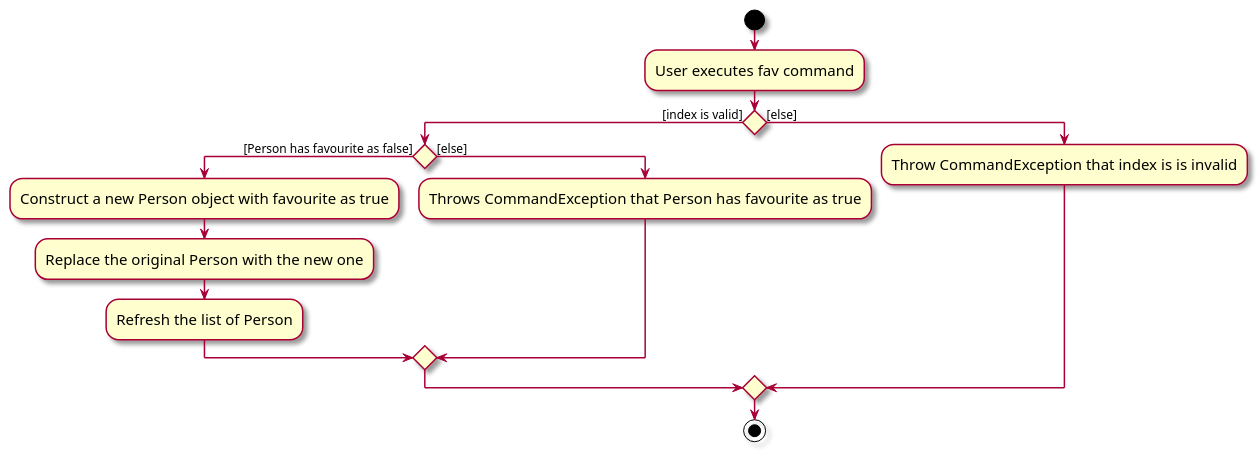
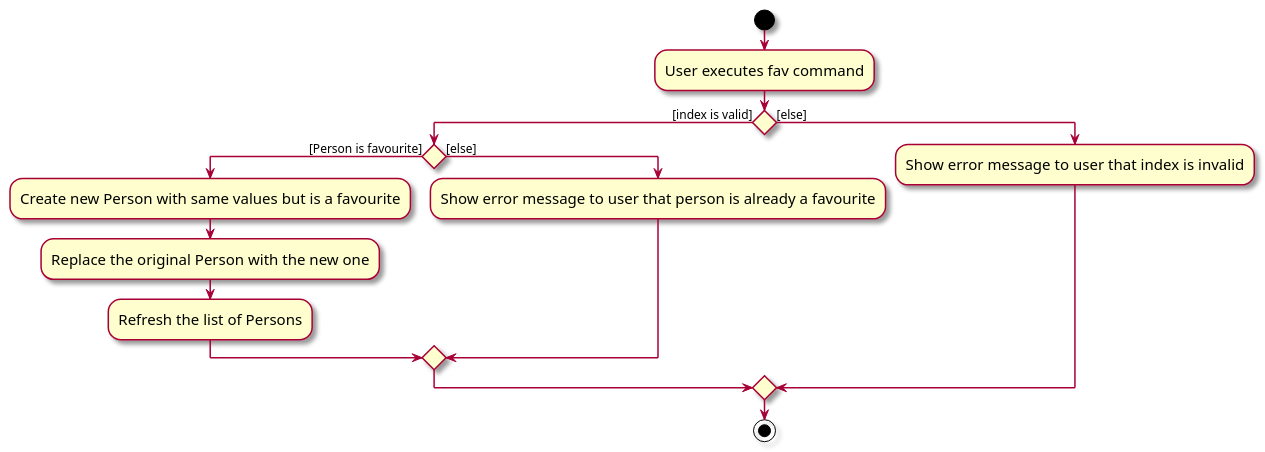
Before and after one commit to whitesnowx/tp: the diagram in docs/diagrams/FavActivityDiagram.puml, drawn with PlantUML. The commit also changed 3 other files, not shown here.

Commit message:
Update `fav` and `unfav` activity diagrams

```diff
--- a/docs/diagrams/FavActivityDiagram.puml
+++ b/docs/diagrams/FavActivityDiagram.puml
@@ -1,23 +1,23 @@
 @startuml
 skin rose
 skinparam ActivityFontSize 15
 skinparam ArrowFontSize 12
 start
 :User executes fav command;
 
 'Since the beta syntax does not support placing the condition outside the
 'diamond we place it as the true branch instead.
 
 if () then ([index is valid])
-    if () then ([Person has favourite as false])
-        :Construct a new Person object with favourite as true;
+    if () then ([Person is favourite])
+        :Create new Person with same values but is a favourite;
         :Replace the original Person with the new one;
-        :Refresh the list of Person;
+        :Refresh the list of Persons;
     else ([else])
-        :Throws CommandException that Person has favourite as true;
+        :Show error message to user that person is already a favourite;
     endif
 else ([else])
-    :Throw CommandException that index is is invalid;
+    :Show error message to user that index is invalid;
 endif
 stop
 @enduml
```
